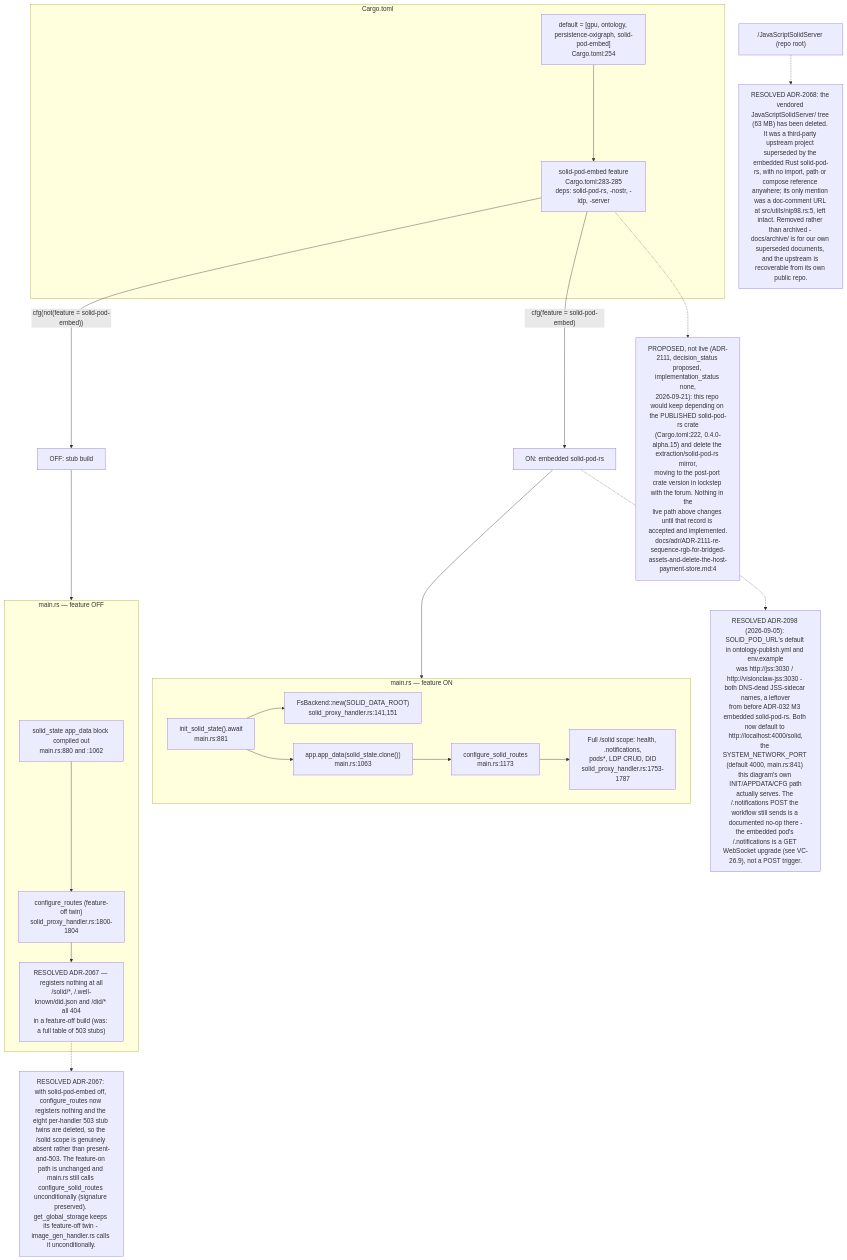
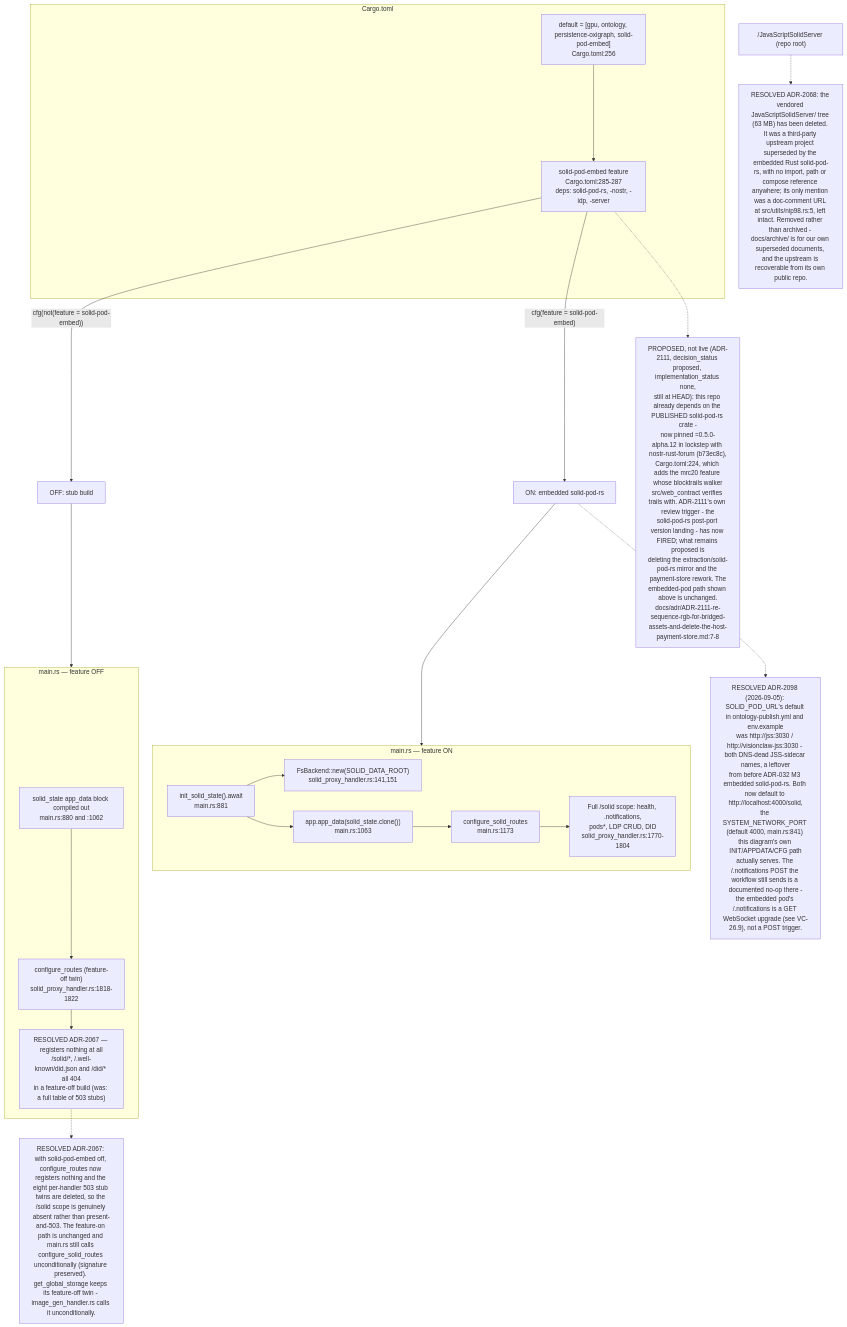
Before and after one commit to DreamLab-AI/VisionFlow: the first of 13 diagrams in docs/diagrams/visionclaw/26-solid-pod-and-jss.md, drawn with Mermaid. The commit also changed other lines of this file and 111 other files, not shown here.

Commit message:
docs(diagrams): align estate maps with current source

````diff
--- a/docs/diagrams/visionclaw/26-solid-pod-and-jss.md
+++ b/docs/diagrams/visionclaw/26-solid-pod-and-jss.md
@@ -41,43 +41,43 @@
 ```mermaid
 flowchart TB
     subgraph cargo["Cargo.toml"]
-        DEFAULT["default = [gpu, ontology, persistence-oxigraph, solid-pod-embed]<br/>Cargo.toml:254"]
-        FEAT["solid-pod-embed feature<br/>Cargo.toml:283-285<br/>deps: solid-pod-rs, -nostr, -idp, -server"]
+        DEFAULT["default = [gpu, ontology, persistence-oxigraph, solid-pod-embed]<br/>Cargo.toml:256"]
+        FEAT["solid-pod-embed feature<br/>Cargo.toml:285-287<br/>deps: solid-pod-rs, -nostr, -idp, -server"]
     end
     DEFAULT --> FEAT
     FEAT -->|"cfg(feature = solid-pod-embed)"| ON["ON: embedded solid-pod-rs"]
     FEAT -->|"cfg(not(feature = solid-pod-embed))"| OFF["OFF: stub build"]
 
     subgraph onpath["main.rs — feature ON"]
         INIT["init_solid_state().await<br/>main.rs:881"]
         APPDATA["app.app_data(solid_state.clone())<br/>main.rs:1063"]
         CFG["configure_solid_routes<br/>main.rs:1173"]
         FS["FsBackend::new(SOLID_DATA_ROOT)<br/>solid_proxy_handler.rs:141,151"]
-        ROUTES["Full /solid scope: health, .notifications,<br/>pods*, LDP CRUD, DID<br/>solid_proxy_handler.rs:1753-1787"]
+        ROUTES["Full /solid scope: health, .notifications,<br/>pods*, LDP CRUD, DID<br/>solid_proxy_handler.rs:1770-1804"]
         INIT --> FS
         INIT --> APPDATA --> CFG --> ROUTES
     end
 
     subgraph offpath["main.rs — feature OFF"]
         NOINIT["solid_state app_data block compiled out<br/>main.rs:880 and :1062"]
-        STUBCFG["configure_routes (feature-off twin)<br/>solid_proxy_handler.rs:1800-1804"]
+        STUBCFG["configure_routes (feature-off twin)<br/>solid_proxy_handler.rs:1818-1822"]
         STUBROUTES["RESOLVED ADR-2067 — registers nothing at all<br/>/solid/*, /.well-known/did.json and /did/* all 404<br/>in a feature-off build (was: a full table of 503 stubs)"]
         NOINIT --> STUBCFG --> STUBROUTES
     end
 
     ON --> onpath
     OFF --> offpath
 
     Note1["RESOLVED ADR-2067: with solid-pod-embed off, configure_routes now registers nothing and the eight per-handler 503 stub twins are deleted, so the /solid scope is genuinely absent rather than present-and-503. The feature-on path is unchanged and main.rs still calls configure_solid_routes unconditionally (signature preserved). get_global_storage keeps its feature-off twin - image_gen_handler.rs calls it unconditionally."]
     STUBROUTES -.-> Note1
 
     Legacy["/JavaScriptSolidServer (repo root)"]
     Note2["RESOLVED ADR-2068: the vendored JavaScriptSolidServer/ tree (63 MB) has been deleted. It was a third-party upstream project superseded by the embedded Rust solid-pod-rs, with no import, path or compose reference anywhere; its only mention was a doc-comment URL at src/utils/nip98.rs:5, left intact. Removed rather than archived - docs/archive/ is for our own superseded documents, and the upstream is recoverable from its own public repo."]
     Legacy -.-> Note2
 
     Note3["RESOLVED ADR-2098 (2026-09-05): SOLID_POD_URL's default in ontology-publish.yml and env.example<br/>was http://jss:3030 / http://visionclaw-jss:3030 - both DNS-dead JSS-sidecar names, a leftover<br/>from before ADR-032 M3 embedded solid-pod-rs. Both now default to http://localhost:4000/solid,<br/>the SYSTEM_NETWORK_PORT (default 4000, main.rs:841) this diagram's own INIT/APPDATA/CFG path<br/>actually serves. The /.notifications POST the workflow still sends is a documented no-op there -<br/>the embedded pod's /.notifications is a GET WebSocket upgrade (see VC-26.9), not a POST trigger."]
     ON -.-> Note3
 
-    Note4["PROPOSED, not live (ADR-2111, decision_status proposed, implementation_status none,<br/>2026-09-21): this repo would keep depending on the PUBLISHED solid-pod-rs crate<br/>(Cargo.toml:222, 0.4.0-alpha.15) and delete the extraction/solid-pod-rs mirror,<br/>moving to the post-port crate version in lockstep with the forum. Nothing in the<br/>live path above changes until that record is accepted and implemented.<br/>docs/adr/ADR-2111-re-sequence-rgb-for-bridged-assets-and-delete-the-host-payment-store.md:4"]
+    Note4["PROPOSED, not live (ADR-2111, decision_status proposed, implementation_status none,<br/>still at HEAD): this repo already depends on the PUBLISHED solid-pod-rs crate -<br/>now pinned =0.5.0-alpha.12 in lockstep with nostr-rust-forum (b73ec8c),<br/>Cargo.toml:224, which adds the mrc20 feature whose blocktrails walker<br/>src/web_contract verifies trails with. ADR-2111's own review trigger - the<br/>solid-pod-rs post-port version landing - has now FIRED; what remains proposed is<br/>deleting the extraction/solid-pod-rs mirror and the payment-store rework. The<br/>embedded-pod path shown above is unchanged.<br/>docs/adr/ADR-2111-re-sequence-rgb-for-bridged-assets-and-delete-the-host-payment-store.md:7-8"]
     FEAT -.-> Note4
 ```
````
